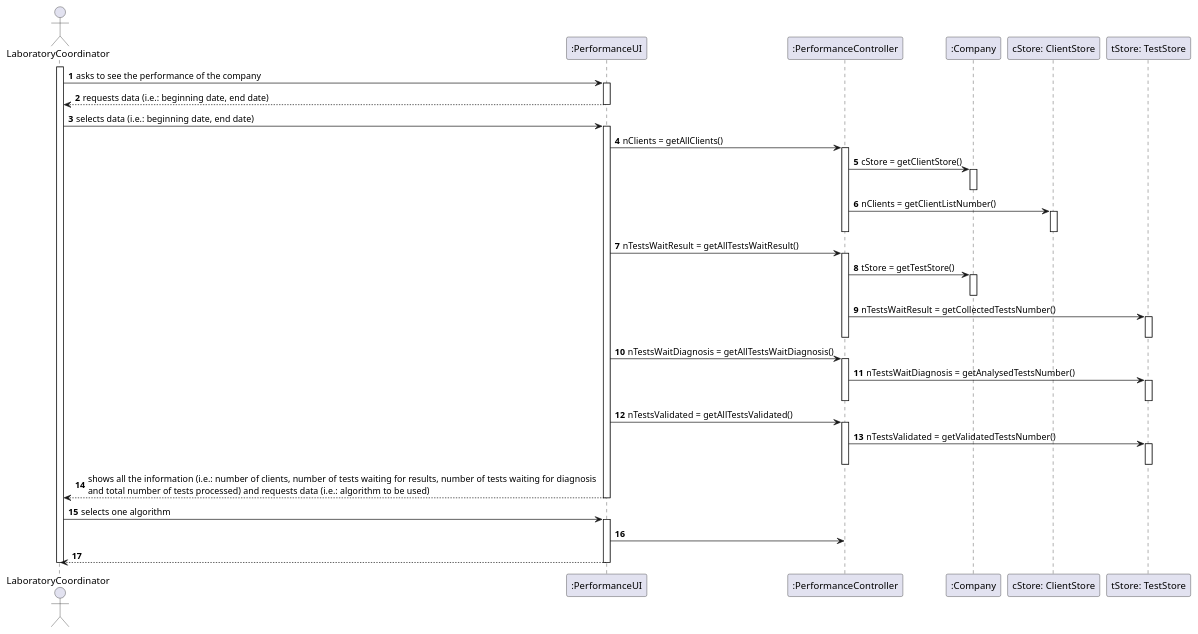
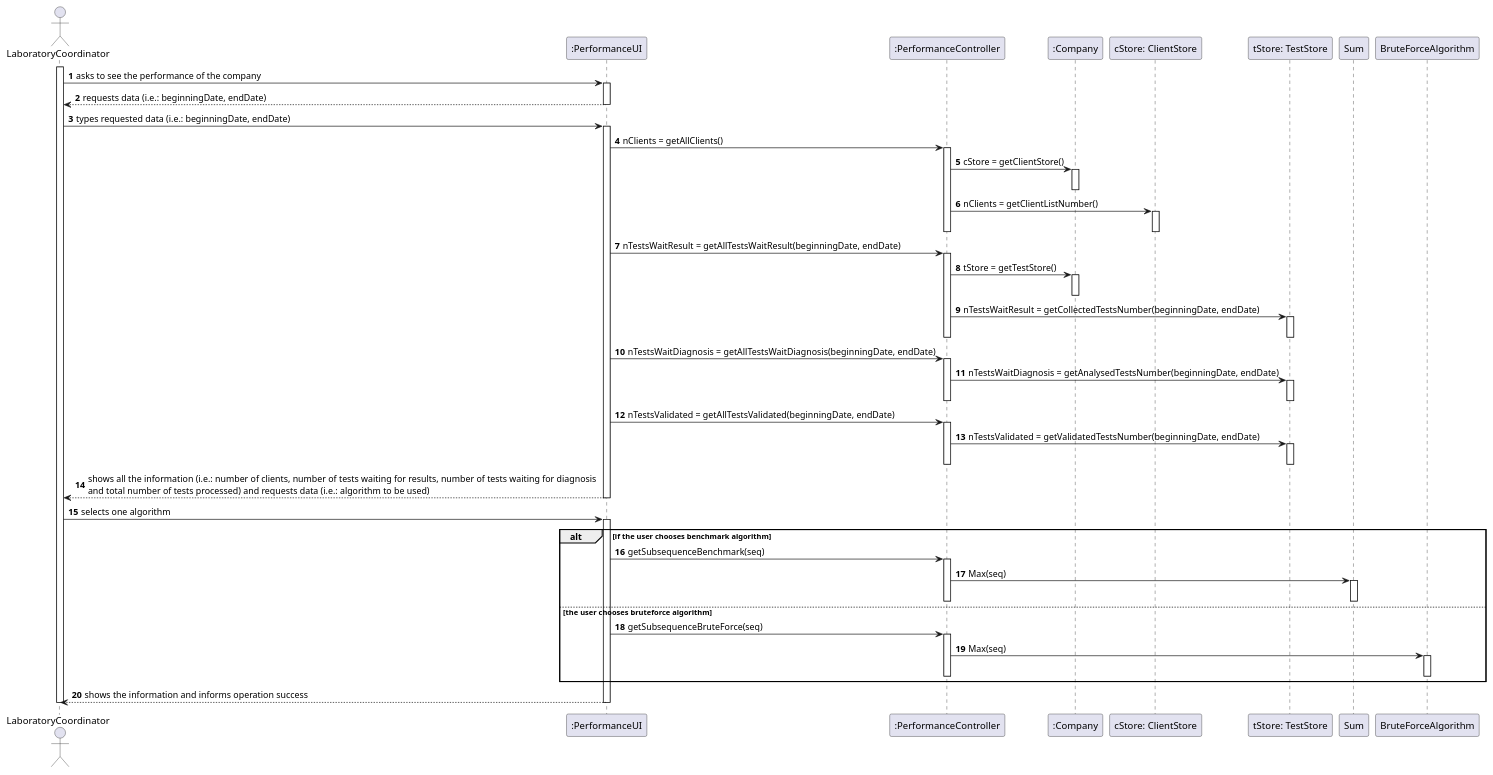
One commit to 0franciscor/lei-21-s2-1de-g19 changed the diagram in docs/SprintD/US16/US16-SD.puml. Above: the diagram before and after it, drawn with PlantUML. The commit also changed 9 other files, not shown here.

```diff
--- a/docs/SprintD/US16/US16-SD.puml
+++ b/docs/SprintD/US16/US16-SD.puml
@@ -1,62 +1,78 @@
 @startuml
 'https://plantuml.com/sequence-diagram
 
 autonumber
 
 actor LaboratoryCoordinator as LC
 participant ":PerformanceUI" as PUI
 participant ":PerformanceController" as PC
 participant ":Company" as COMP
 participant "cStore: ClientStore" as CS
 participant "tStore: TestStore" as TS
 
 
 activate LC
 LC -> PUI : asks to see the performance of the company
 activate PUI
-PUI --> LC : requests data (i.e.: beginning date, end date)
+PUI --> LC : requests data (i.e.: beginningDate, endDate)
 deactivate PUI
 
-LC -> PUI : selects data (i.e.: beginning date, end date)
+LC -> PUI : types requested data (i.e.: beginningDate, endDate)
 activate PUI
 PUI -> PC : nClients = getAllClients()
 activate PC
 PC -> COMP : cStore = getClientStore()
 activate COMP
 deactivate COMP
 PC -> CS : nClients = getClientListNumber()
 activate CS
 deactivate CS
 deactivate PC
-PUI -> PC : nTestsWaitResult = getAllTestsWaitResult()
+PUI -> PC : nTestsWaitResult = getAllTestsWaitResult(beginningDate, endDate)
 activate PC
 PC -> COMP : tStore = getTestStore()
 activate COMP
 deactivate COMP
-PC -> TS : nTestsWaitResult = getCollectedTestsNumber()
+PC -> TS : nTestsWaitResult = getCollectedTestsNumber(beginningDate, endDate)
 activate TS
 deactivate TS
 deactivate PC
-PUI -> PC : nTestsWaitDiagnosis = getAllTestsWaitDiagnosis()
+PUI -> PC : nTestsWaitDiagnosis = getAllTestsWaitDiagnosis(beginningDate, endDate)
 activate PC
-PC -> TS : nTestsWaitDiagnosis = getAnalysedTestsNumber()
+PC -> TS : nTestsWaitDiagnosis = getAnalysedTestsNumber(beginningDate, endDate)
 activate TS
 deactivate TS
 deactivate PC
-PUI -> PC : nTestsValidated = getAllTestsValidated()
+PUI -> PC : nTestsValidated = getAllTestsValidated(beginningDate, endDate)
 activate PC
-PC -> TS : nTestsValidated = getValidatedTestsNumber()
+PC -> TS : nTestsValidated = getValidatedTestsNumber(beginningDate, endDate)
 activate TS
 deactivate TS
 deactivate PC
 PUI --> LC : shows all the information (i.e.: number of clients, number of tests waiting for results, number of tests waiting for diagnosis \nand total number of tests processed) and requests data (i.e.: algorithm to be used)
 deactivate PUI
 
 LC -> PUI : selects one algorithm
+
 activate PUI
-PUI -> PC :
-PUI --> LC :
+alt if the user chooses benchmark algorithm
+PUI->PC:getSubsequenceBenchmark(seq)
+activate PC
+PC->Sum:Max(seq)
+activate Sum
+deactivate Sum
+deactivate PC
+else the user chooses bruteforce algorithm
+PUI->PC:getSubsequenceBruteForce(seq)
+activate PC
+PC->BruteForceAlgorithm:Max(seq)
+activate BruteForceAlgorithm
+deactivate BruteForceAlgorithm
+deactivate PC
+end
+
+PUI --> LC : shows the information and informs operation success
 deactivate PUI
 deactivate LC
 
 @enduml
```
